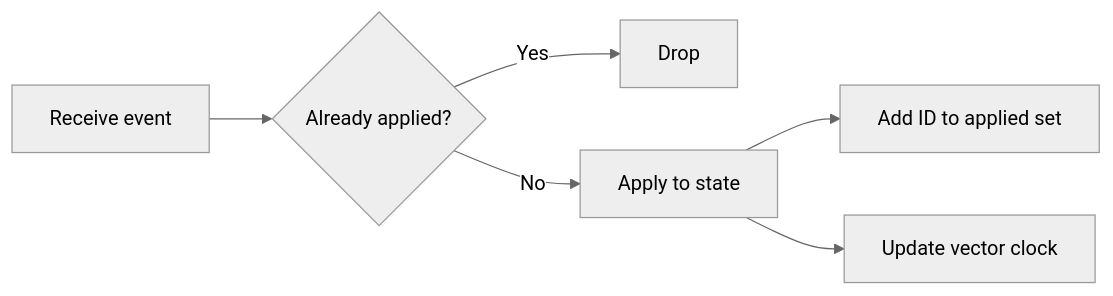
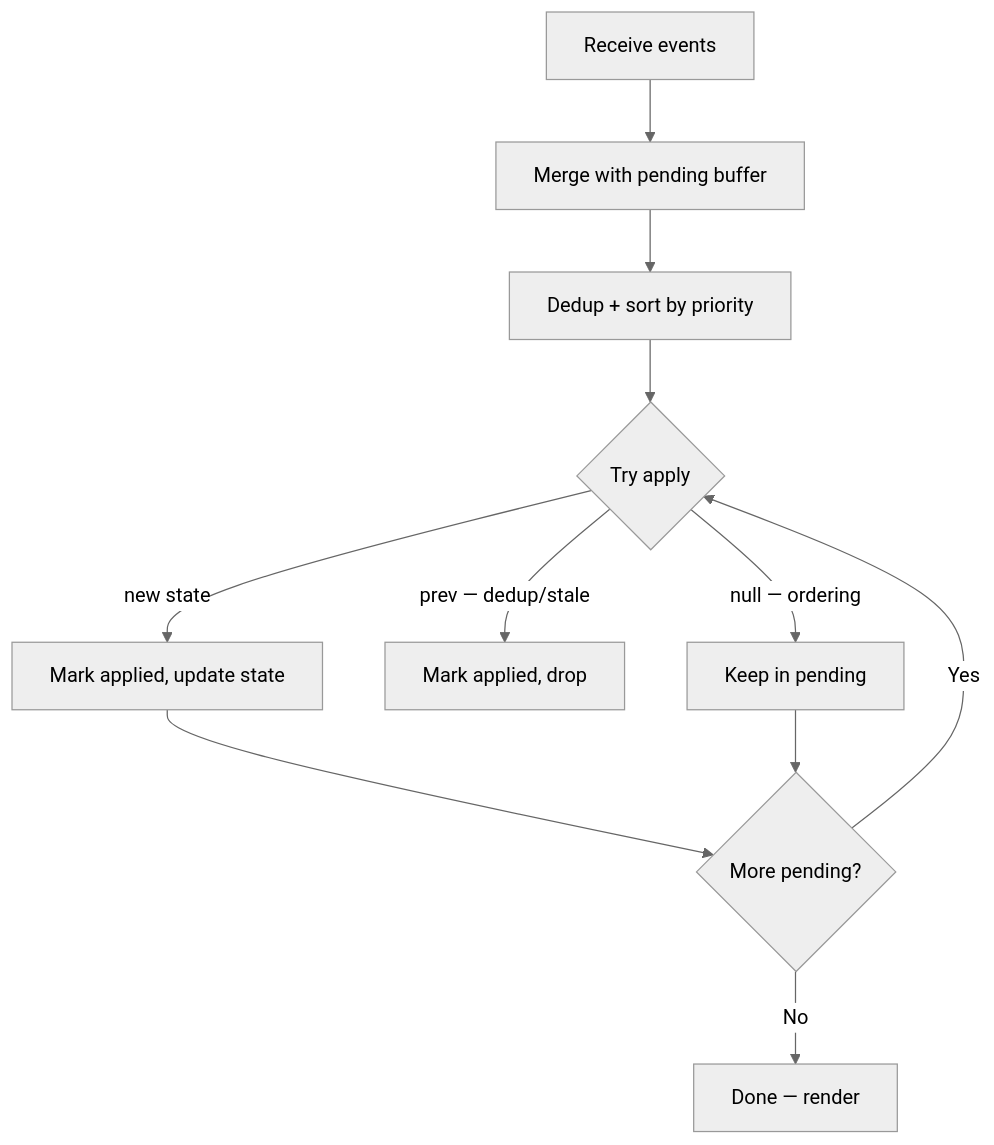
Before and after one commit to pibyzero/name-place: the fifth of 6 diagrams in DESIGN.md, drawn with Mermaid (neutral theme). The commit also changed other lines of this file and 2 other files, not shown here.

Commit message:
Fix event ordering halts and handleStopRound status bug
Two bugs caused the game to halt:

1. handleStopRound wrote status into roundData instead of top-level
   state, so the game never transitioned to reviewing when the last
   answer arrived via stop-round (e.g. simultaneous Stop clicks).

2. Events rejected by state guards (out-of-order delivery) were
   permanently marked as applied, silently dropping critical
   transitions like submit-round-readiness.

Fix: priority-sorted pending buffer that retries rejected events
after each successful apply, plus null vs prev return distinction
in pureStateTransition for ordering vs dedup rejections.

````diff
--- a/DESIGN.md
+++ b/DESIGN.md
@@ -84,8 +99,13 @@
 ```mermaid
-flowchart LR
-    A[Receive event] --> B{Already applied?}
-    B -->|Yes| C[Drop]
-    B -->|No| D[Apply to state]
-    D --> E[Add ID to applied set]
-    D --> F[Update vector clock]
+flowchart TD
+    A[Receive events] --> B[Merge with pending buffer]
+    B --> C[Dedup + sort by priority]
+    C --> D{Try apply}
+    D -->|null — ordering| E[Keep in pending]
+    D -->|prev — dedup/stale| F[Mark applied, drop]
+    D -->|new state| G[Mark applied, update state]
+    G --> H{More pending?}
+    H -->|Yes| D
+    H -->|No| I[Done — render]
+    E --> H
 ```
````
